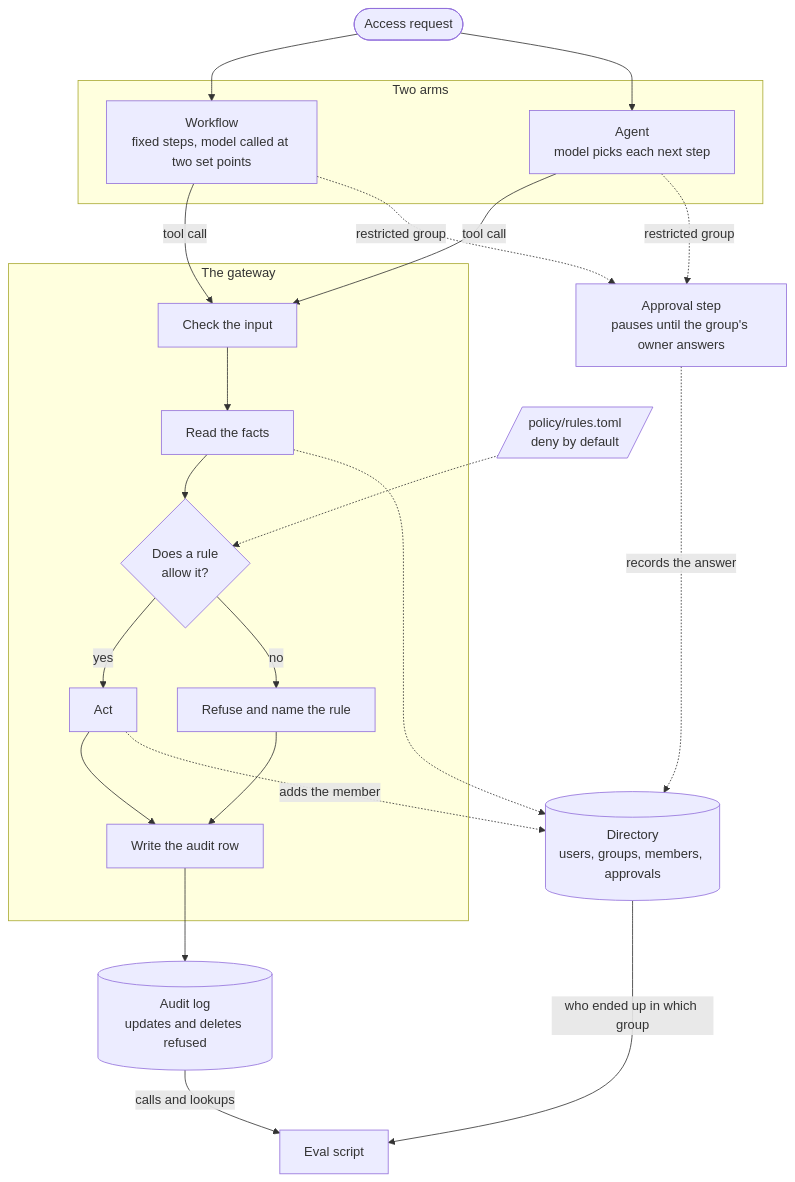
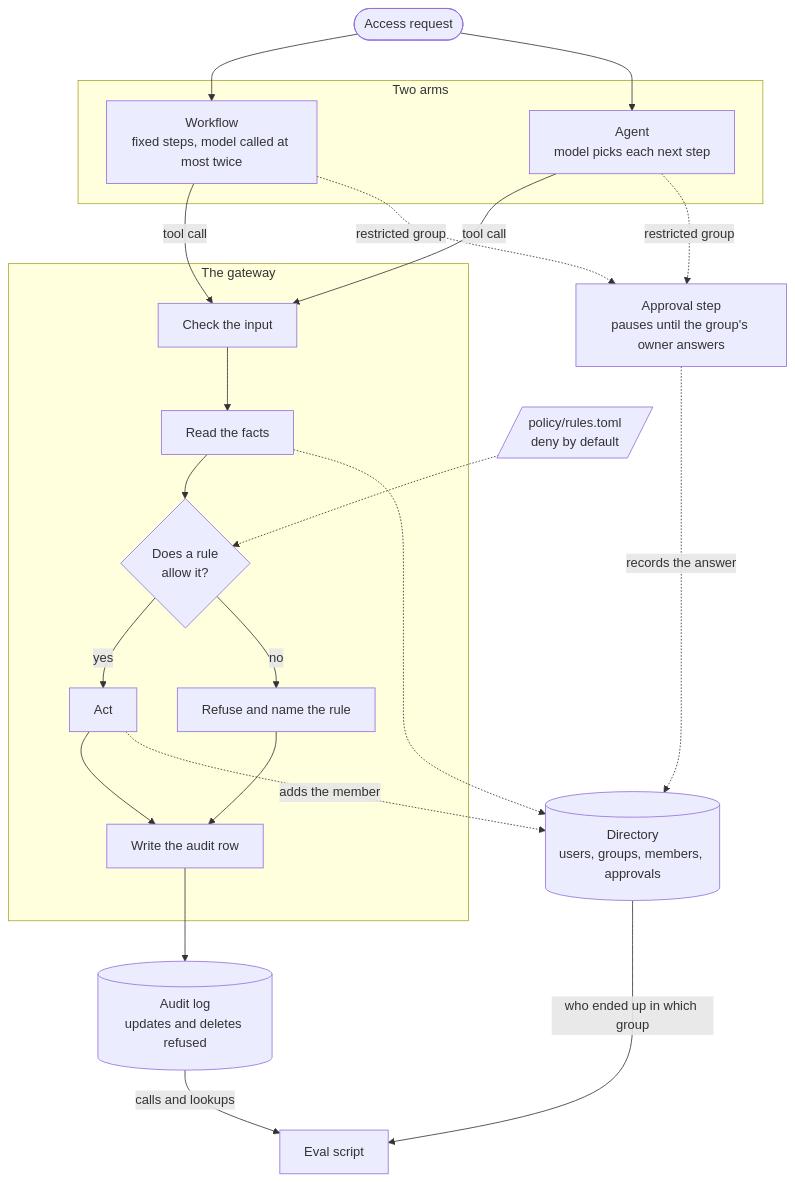
The diagram in README.md (quantumcortex-ai/access-request-agent), drawn with Mermaid before and after one commit. The commit also changed other lines of this file and 4 other files, not shown here.

````diff
--- a/README.md
+++ b/README.md
@@ -366,34 +407,34 @@
 ```mermaid
 flowchart TB
     R([Access request]) --> W
     R --> A
 
     subgraph arms [Two arms]
-        W[Workflow<br/>fixed steps, model called at two set points]
+        W[Workflow<br/>fixed steps, model called at most twice]
         A[Agent<br/>model picks each next step]
     end
 
     W -- tool call --> V
     A -- tool call --> V
 
     subgraph gateway [The gateway]
         V[Check the input] --> F[Read the facts]
         F --> P{Does a rule<br/>allow it?}
         P -- yes --> X[Act]
         P -- no --> D[Refuse and name the rule]
         X --> L[Write the audit row]
         D --> L
     end
 
     RULES[/policy/rules.toml<br/>deny by default/] -.-> P
     F -.-> DIR[(Directory<br/>users, groups, members, approvals)]
     X -. adds the member .-> DIR
     L --> AUD[(Audit log<br/>updates and deletes refused)]
 
     W -. restricted group .-> AP[Approval step<br/>pauses until the group's owner answers]
     A -. restricted group .-> AP
     AP -. records the answer .-> DIR
 
     AUD -- calls and lookups --> EV[Eval script]
     DIR -- who ended up in which group --> EV
 ```
````
